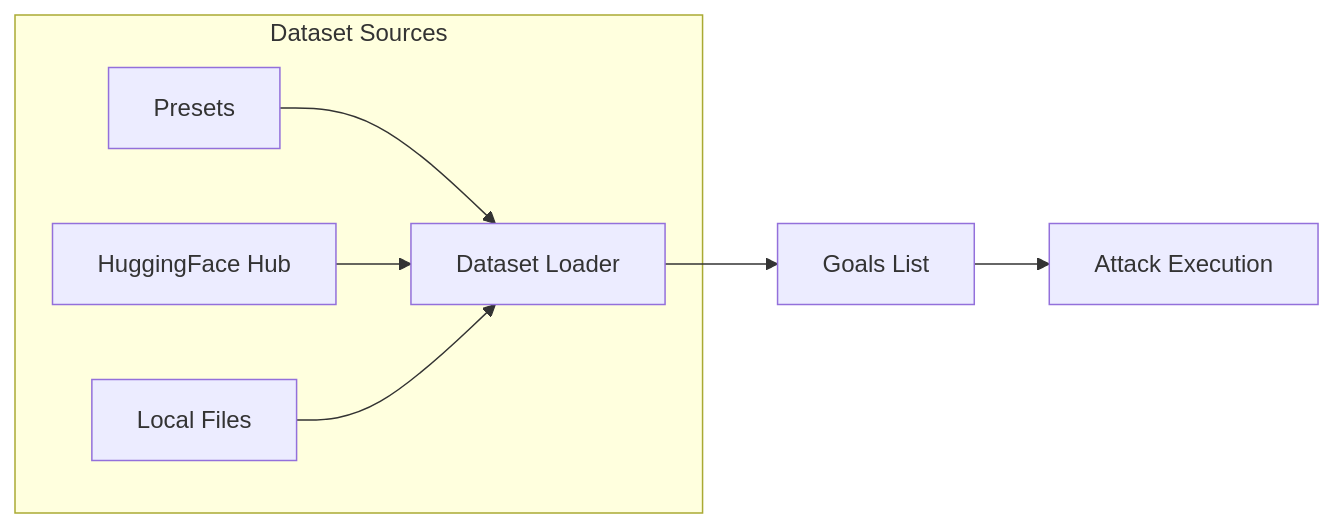
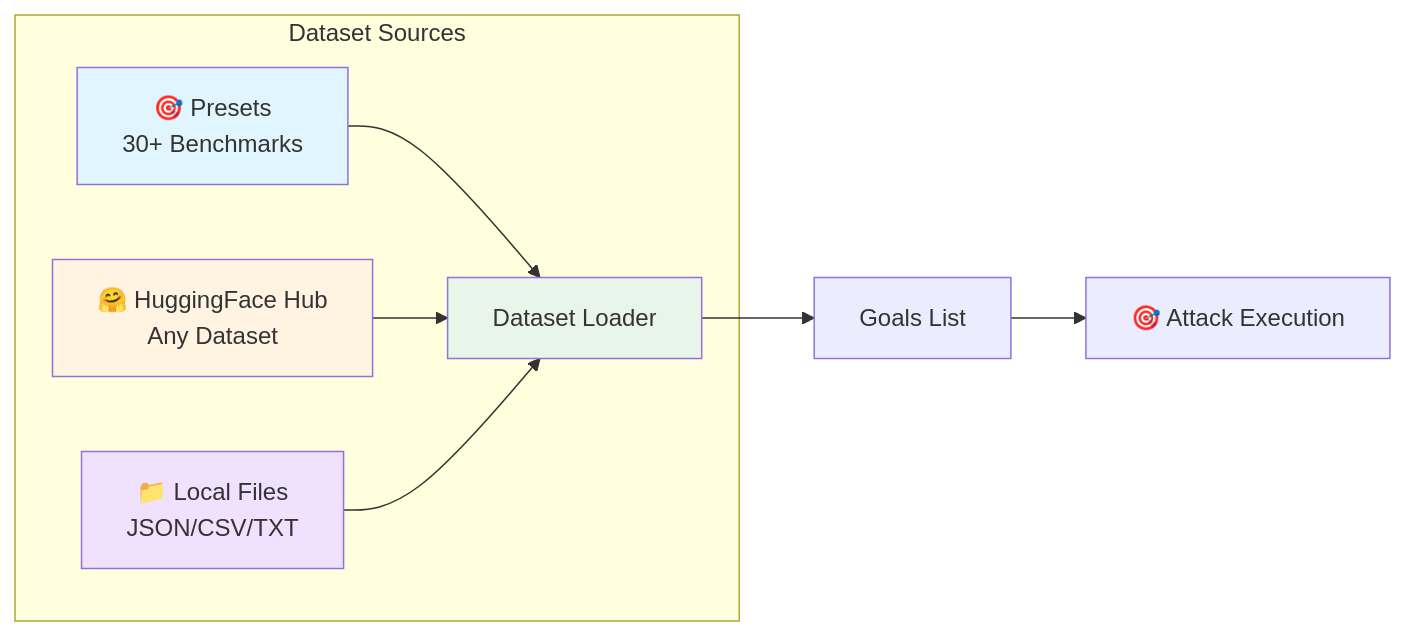
One commit to AISecurityLab/hackagent changed the diagram in docs/docs/datasets/index.md. Above: the diagram before and after it, drawn with Mermaid. The commit also changed other lines of this file and 52 other files, not shown here.

````diff
--- a/docs/docs/datasets/index.md
+++ b/docs/docs/datasets/index.md
@@ -17,10 +17,15 @@
 ```mermaid
 graph LR
     subgraph "Dataset Sources"
-        P[Presets] --> L[Dataset Loader]
-        H[HuggingFace Hub] --> L
-        F[Local Files] --> L
+        P[🎯 Presets<br/>30+ Benchmarks] --> L[Dataset Loader]
+        H[🤗 HuggingFace Hub<br/>Any Dataset] --> L
+        F[📁 Local Files<br/>JSON/CSV/TXT] --> L
     end
     L --> G[Goals List]
-    G --> A[Attack Execution]
+    G --> A[🎯 Attack Execution]
+
+    style P fill:#e1f5ff
+    style H fill:#fff4e1
+    style F fill:#f0e1ff
+    style L fill:#e8f5e9
 ```
````
